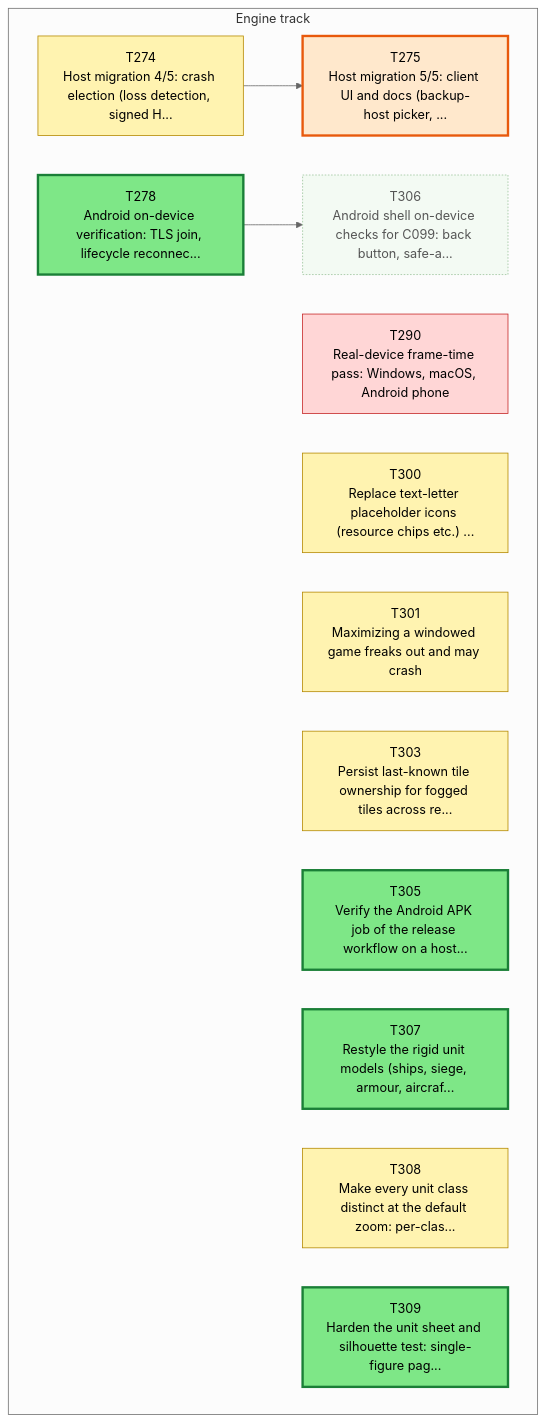
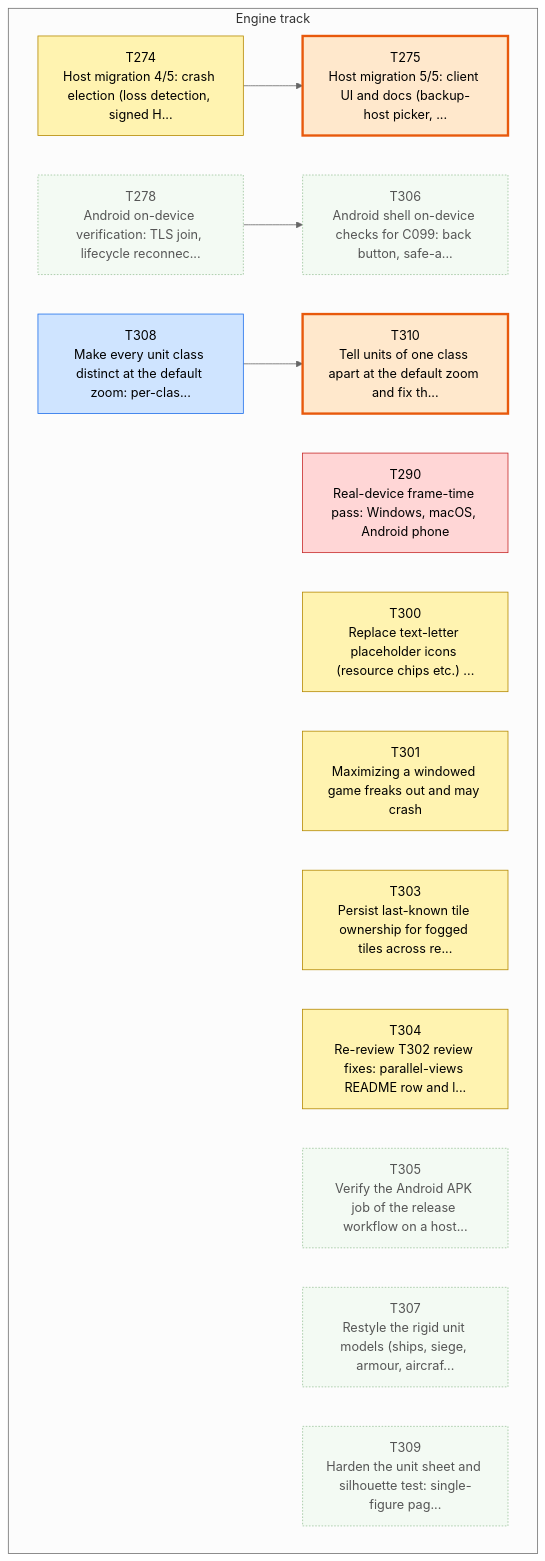
The first of 3 diagrams in csharp/migration/DEPENDENCY_MAP.md (Kenmura/Unciv), drawn with Mermaid (neutral theme) before and after one commit. The commit also changed other lines of this file and 93 other files, not shown here.

````diff
--- a/csharp/migration/DEPENDENCY_MAP.md
+++ b/csharp/migration/DEPENDENCY_MAP.md
@@ -35,38 +35,43 @@
 ```mermaid
 flowchart TD
   subgraph TTRACK["Engine track"]
     T274["T274<br/>Host migration 4/5: crash election (loss detection, signed H..."]
     T275["T275<br/>Host migration 5/5: client UI and docs (backup-host picker, ..."]
     T278["T278<br/>Android on-device verification: TLS join, lifecycle reconnec..."]
     T290["T290<br/>Real-device frame-time pass: Windows, macOS, Android phone"]
     T300["T300<br/>Replace text-letter placeholder icons (resource chips etc.) ..."]
     T301["T301<br/>Maximizing a windowed game freaks out and may crash"]
     T303["T303<br/>Persist last-known tile ownership for fogged tiles across re..."]
+    T304["T304<br/>Re-review T302 review fixes: parallel-views README row and l..."]
     T305["T305<br/>Verify the Android APK job of the release workflow on a host..."]
     T306["T306<br/>Android shell on-device checks for C099: back button, safe-a..."]
     T307["T307<br/>Restyle the rigid unit models (ships, siege, armour, aircraf..."]
     T308["T308<br/>Make every unit class distinct at the default zoom: per-clas..."]
     T309["T309<br/>Harden the unit sheet and silhouette test: single-figure pag..."]
+    T310["T310<br/>Tell units of one class apart at the default zoom and fix th..."]
   end
   T274 --> T275
   T278 --> T306
+  T308 --> T310
   classDef waiting fill:#f3faf3,stroke:#9bc49b,color:#555,stroke-dasharray:2 2
   classDef ondeck fill:#ffe8cc,stroke:#e8590c,stroke-width:3px,color:#000
   classDef ready fill:#7ee787,stroke:#1a7f37,stroke-width:3px,color:#000
   classDef prog fill:#fff3b0,stroke:#b58900,color:#000
   classDef review fill:#cfe4ff,stroke:#1f6feb,color:#000
   classDef blocked fill:#ffd6d6,stroke:#c62828,color:#000
   classDef done fill:#eeeeee,stroke:#999999,color:#666,stroke-dasharray:4 3
   class T274 prog
   class T275 ondeck
-  class T278 ready
+  class T278 waiting
   class T290 blocked
   class T300 prog
   class T301 prog
   class T303 prog
-  class T305 ready
+  class T304 prog
+  class T305 waiting
   class T306 waiting
-  class T307 ready
-  class T308 prog
-  class T309 ready
+  class T307 waiting
+  class T308 review
+  class T309 waiting
+  class T310 ondeck
 ```
````
